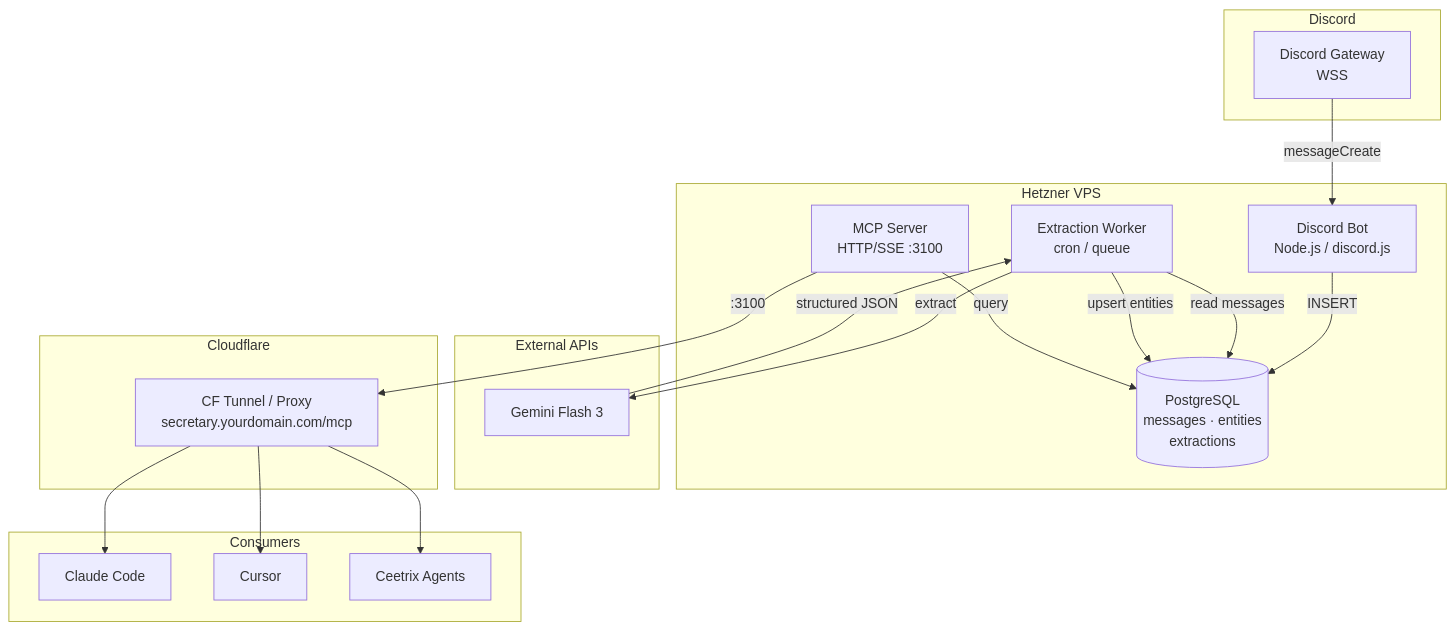
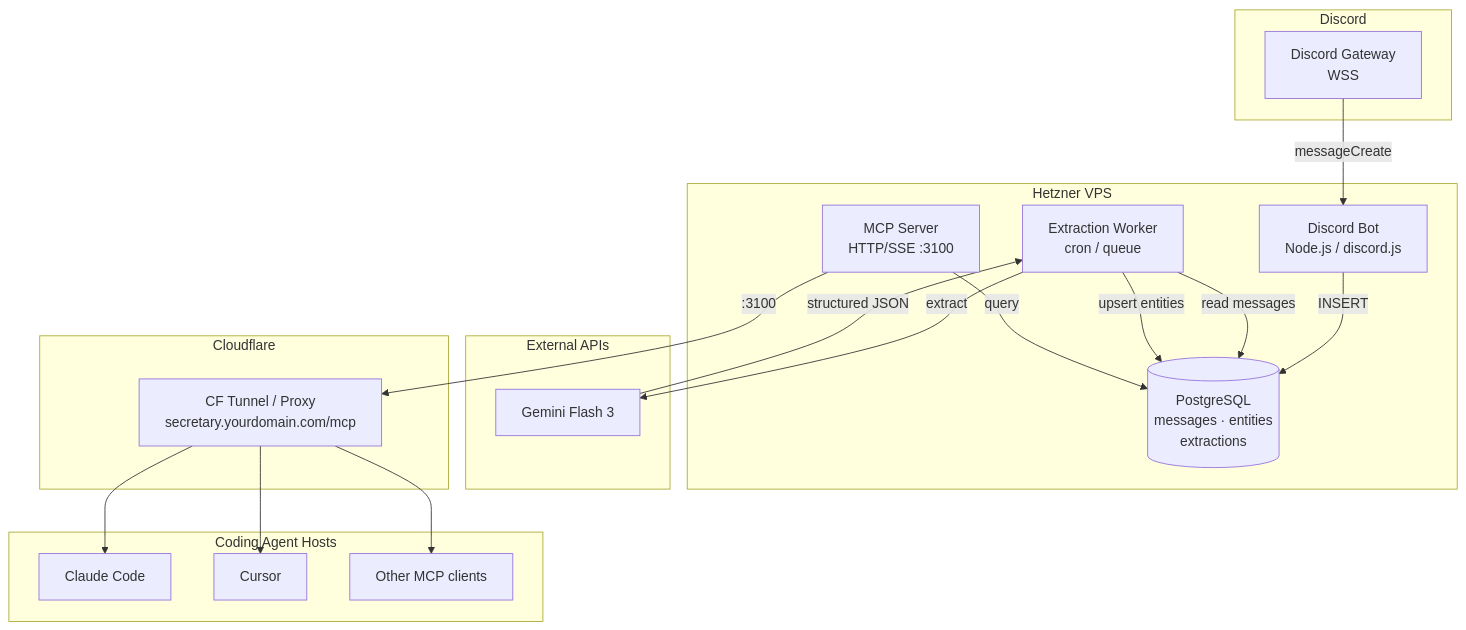
One commit to boxabirds/smithers changed the first of 5 diagrams in docs/baseline.md. Above: the diagram before and after it, drawn with Mermaid. The commit also changed other lines of this file, not shown here.

Commit message:
Update baseline: remove Ceetrix references, generalize consumers

````diff
--- a/docs/baseline.md
+++ b/docs/baseline.md
@@ -20,39 +20,39 @@
 ```mermaid
 graph TD
     subgraph Discord
         DG[Discord Gateway<br/>WSS]
     end
 
     subgraph Hetzner VPS
         BOT[Discord Bot<br/>Node.js / discord.js]
         PG[(PostgreSQL<br/>messages · entities<br/>extractions)]
         EX[Extraction Worker<br/>cron / queue]
         MCP[MCP Server<br/>HTTP/SSE :3100]
     end
 
     subgraph External APIs
         GEMINI[Gemini Flash 3]
     end
 
     subgraph Cloudflare
         TUNNEL[CF Tunnel / Proxy<br/>secretary.yourdomain.com/mcp]
     end
 
-    subgraph Consumers
+    subgraph Consumers["Coding Agent Hosts"]
         CC[Claude Code]
         CUR[Cursor]
-        CEE[Ceetrix Agents]
+        OTHER[Other MCP clients]
     end
 
     DG -- messageCreate --> BOT
     BOT -- INSERT --> PG
     EX -- read messages --> PG
     EX -- extract --> GEMINI
     GEMINI -- structured JSON --> EX
     EX -- upsert entities --> PG
     MCP -- query --> PG
     MCP -- :3100 --> TUNNEL
     TUNNEL --> CC
     TUNNEL --> CUR
-    TUNNEL --> CEE
+    TUNNEL --> OTHER
 ```
````
